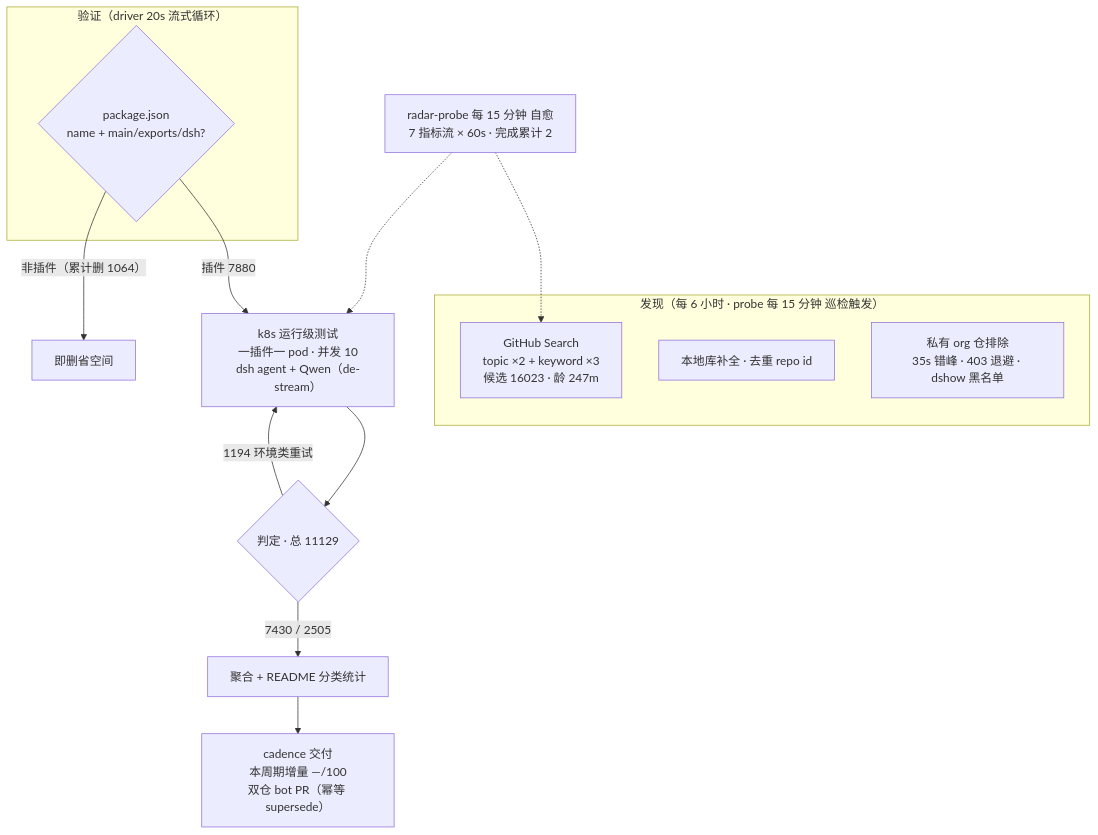
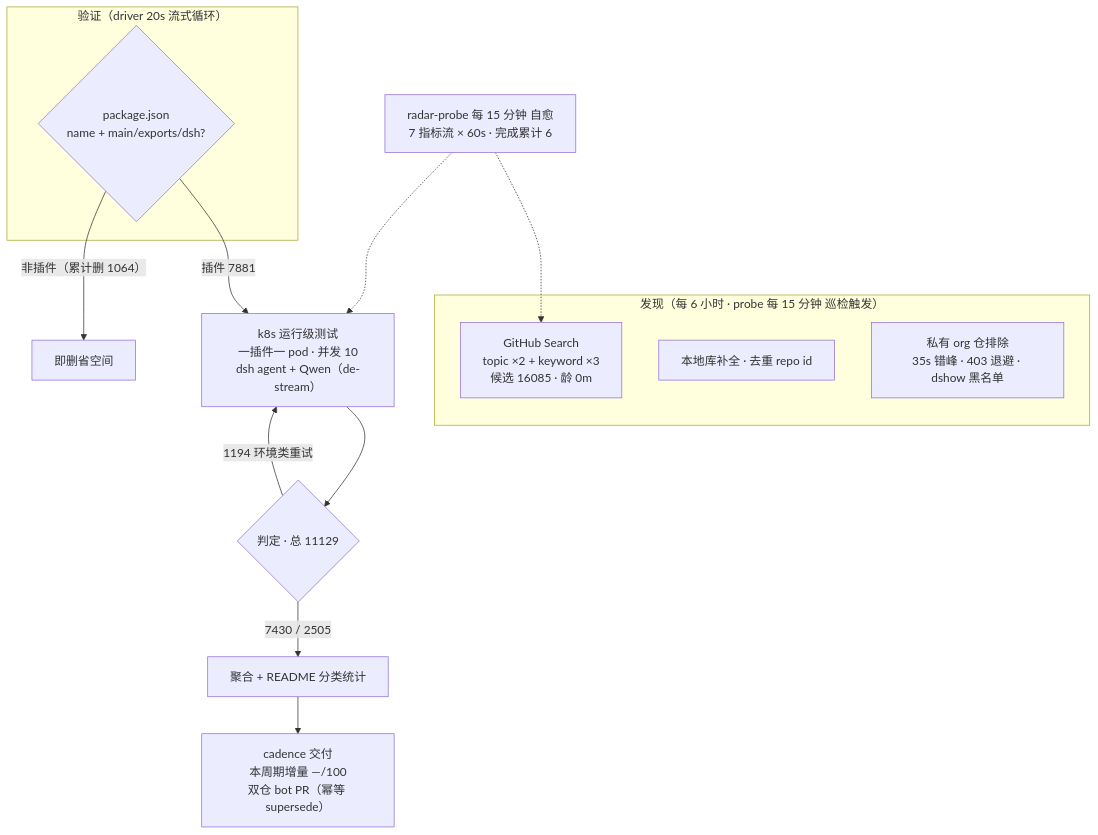
Before and after one commit to Zhidao-Lab-OSS/awesome-dsh-plugins: the diagram in README.md, drawn with Mermaid. The commit also changed other lines of this file and 1 other file, not shown here.

````diff
--- a/README.md
+++ b/README.md
@@ -37,20 +37,20 @@
 ```mermaid
 flowchart TB
     subgraph Discovery["发现（每 6 小时 · probe 每 15 分钟 巡检触发）"]
-        A1["GitHub Search<br/>topic ×2 + keyword ×3<br/>候选 16023 · 龄 247m"]
+        A1["GitHub Search<br/>topic ×2 + keyword ×3<br/>候选 16085 · 龄 0m"]
         A2["本地库补全 · 去重 repo id"]
         A3["私有 org 仓排除<br/>35s 错峰 · 403 退避 · dshow 黑名单"]
     end
     subgraph Validation["验证（driver 20s 流式循环）"]
         B1{"package.json<br/>name + main/exports/dsh?"}
     end
-    B1 -->|"插件 7880"| C1["k8s 运行级测试<br/>一插件一 pod · 并发 10<br/>dsh agent + Qwen（de-stream）"]
+    B1 -->|"插件 7881"| C1["k8s 运行级测试<br/>一插件一 pod · 并发 10<br/>dsh agent + Qwen（de-stream）"]
     B1 -->|"非插件（累计删 1064）"| B3["即删省空间"]
     C1 --> D1{"判定 · 总 11129"}
     D1 -->|"7430 / 2505"| E1["聚合 + README 分类统计"]
     D1 -->|"1194 环境类重试"| C1
     E1 --> E2["cadence 交付<br/>本周期增量 —/100<br/>双仓 bot PR（幂等 supersede）"]
-    M["radar-probe 每 15 分钟 自愈<br/>7 指标流 × 60s · 完成累计 2"]
+    M["radar-probe 每 15 分钟 自愈<br/>7 指标流 × 60s · 完成累计 6"]
     M -.-> A1
     M -.-> C1
 ```
````
